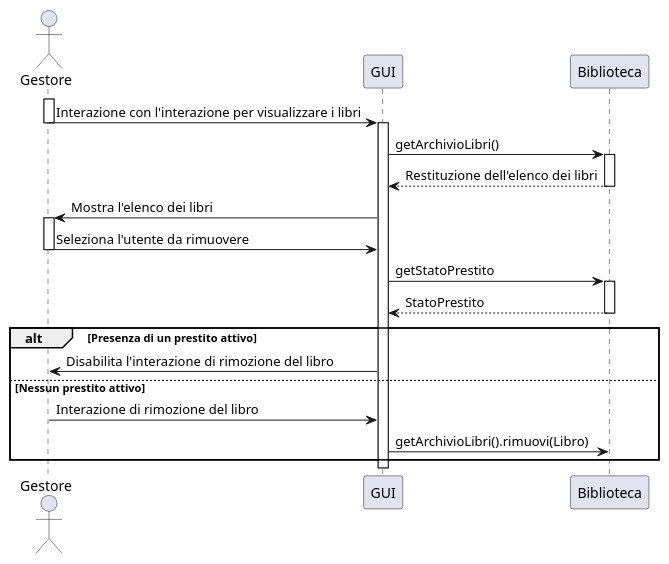
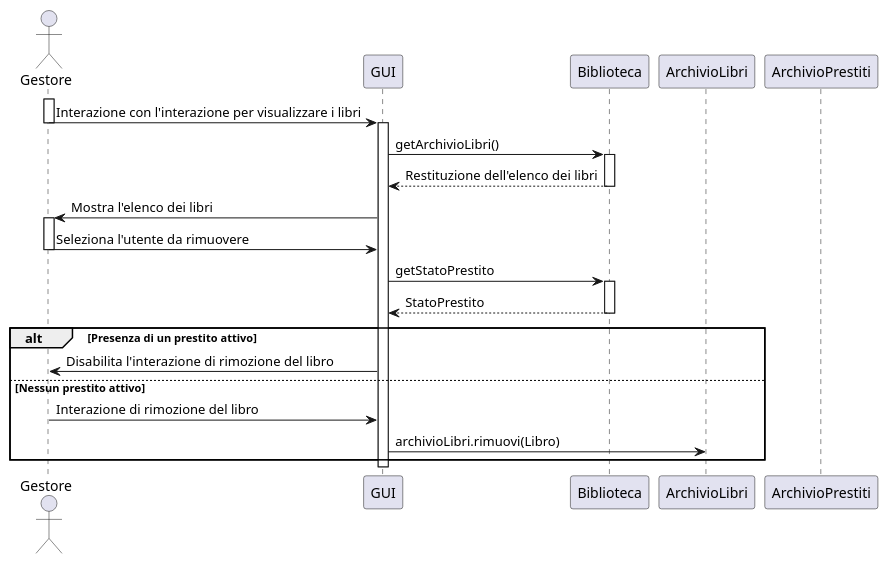
One commit to Meziu/easylibrary changed the diagram in docs/uml/UMLRimuoviLibro.puml. Above: the diagram before and after it, drawn with PlantUML. The commit also changed 1 other file, not shown here.

Commit message:
Rispecchia modifiche di design nei diagrammi di sequenza

```diff
--- a/docs/uml/UMLRimuoviLibro.puml
+++ b/docs/uml/UMLRimuoviLibro.puml
@@ -1,36 +1,42 @@
 @startuml
 actor Gestore as G
 participant "GUI" as UI
 participant "Biblioteca" as B
+participant "ArchivioLibri" as AL
+participant "ArchivioPrestiti" as AP
+
+' CAMBIARE IN RIMUOVI PRESTITO ????
 
 ' ----- Inizio -----
 activate G
 G -> UI : Interazione con l'interazione per visualizzare i libri
 deactivate G
 activate UI
 UI -> B : getArchivioLibri()
 activate B
 
 B --> UI : Restituzione dell'elenco dei libri
 deactivate B
 UI -> G : Mostra l'elenco dei libri
 activate G
 G -> UI : Seleziona l'utente da rimuovere
 deactivate G
 
 UI -> B : getStatoPrestito
 activate B
 B --> UI : StatoPrestito
 deactivate B
 
 ' ---- Flusso alternativo -----
 alt Presenza di un prestito attivo
     UI -> G : Disabilita l'interazione di rimozione del libro
 
 else Nessun prestito attivo
     G -> UI : Interazione di rimozione del libro
-    UI -> B : getArchivioLibri().rimuovi(Libro)
+    UI -> AL : archivioLibri.rimuovi(Libro)
 
 end
 
+deactivate UI
+
 @enduml
```
